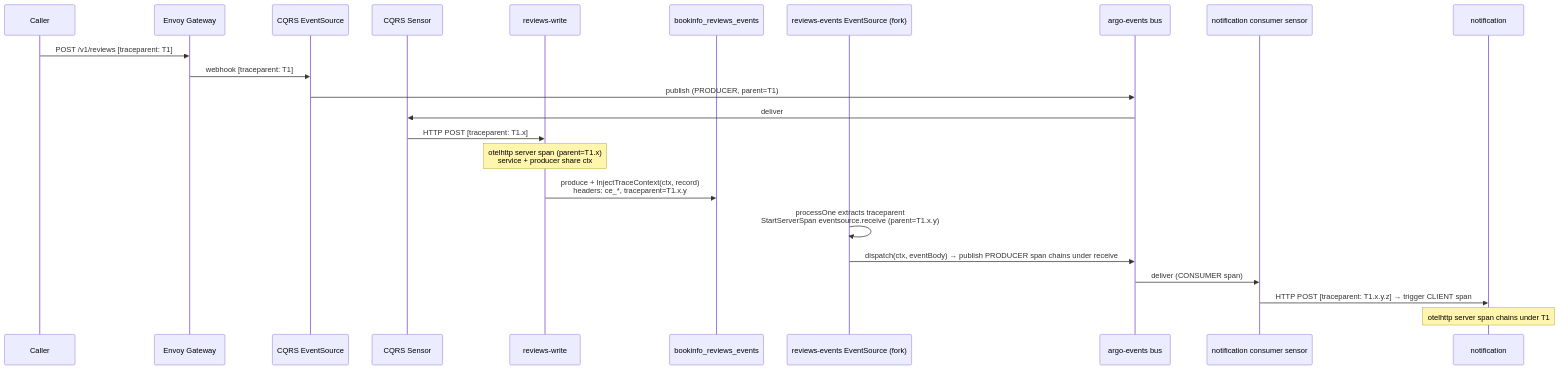
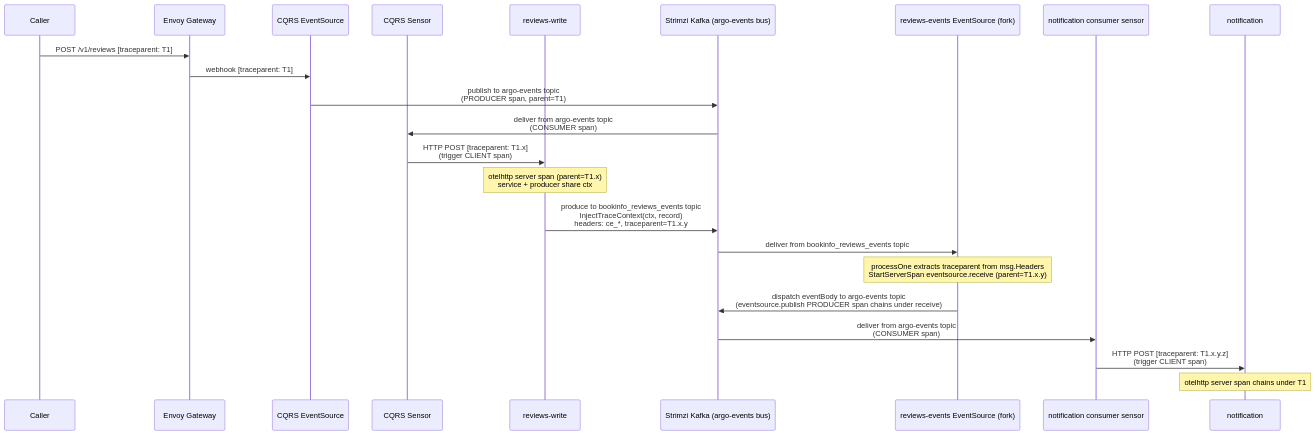
One commit to kaio6fellipe/event-driven-bookinfo changed the second of 2 diagrams in docs/superpowers/specs/2026-04-25-e2e-tracing-kafka-design.md. Above: the diagram before and after it, drawn with Mermaid. The commit also changed other lines of this file, not shown here.

Commit message:
docs(specs): clarify Kafka topology in tracing data flow + lint fixes
Show Kafka as the single bus carrying both bookinfo_reviews_events and
argo-events topics, with the missing arrow from Kafka to the
reviews-events EventSource explicitly drawn.

Also fix markdownlint MD060 (table separators padded), MD040 (fenced
code language), and MD032 (lists surrounded by blank lines).

````diff
--- a/docs/superpowers/specs/2026-04-25-e2e-tracing-kafka-design.md
+++ b/docs/superpowers/specs/2026-04-25-e2e-tracing-kafka-design.md
@@ -223,26 +225,26 @@
 ```mermaid
 sequenceDiagram
   participant Caller
   participant Gateway as Envoy Gateway
   participant CQRSes as CQRS EventSource
   participant CQRSse as CQRS Sensor
   participant RW as reviews-write
-  participant Kafka as bookinfo_reviews_events
+  participant Kafka as Strimzi Kafka (argo-events bus)
   participant ESrc as reviews-events EventSource (fork)
-  participant Bus as argo-events bus
   participant NSe as notification consumer sensor
   participant Notif as notification
 
   Caller->>Gateway: POST /v1/reviews [traceparent: T1]
   Gateway->>CQRSes: webhook [traceparent: T1]
-  CQRSes->>Bus: publish (PRODUCER, parent=T1)
-  Bus->>CQRSse: deliver
-  CQRSse->>RW: HTTP POST [traceparent: T1.x]
+  CQRSes->>Kafka: publish to argo-events topic<br/>(PRODUCER span, parent=T1)
+  Kafka->>CQRSse: deliver from argo-events topic<br/>(CONSUMER span)
+  CQRSse->>RW: HTTP POST [traceparent: T1.x]<br/>(trigger CLIENT span)
   Note over RW: otelhttp server span (parent=T1.x)<br/>service + producer share ctx
-  RW->>Kafka: produce + InjectTraceContext(ctx, record)<br/>headers: ce_*, traceparent=T1.x.y
-  ESrc->>ESrc: processOne extracts traceparent<br/>StartServerSpan eventsource.receive (parent=T1.x.y)
-  ESrc->>Bus: dispatch(ctx, eventBody) → publish PRODUCER span chains under receive
-  Bus->>NSe: deliver (CONSUMER span)
-  NSe->>Notif: HTTP POST [traceparent: T1.x.y.z] → trigger CLIENT span
+  RW->>Kafka: produce to bookinfo_reviews_events topic<br/>InjectTraceContext(ctx, record)<br/>headers: ce_*, traceparent=T1.x.y
+  Kafka->>ESrc: deliver from bookinfo_reviews_events topic
+  Note over ESrc: processOne extracts traceparent from msg.Headers<br/>StartServerSpan eventsource.receive (parent=T1.x.y)
+  ESrc->>Kafka: dispatch eventBody to argo-events topic<br/>(eventsource.publish PRODUCER span chains under receive)
+  Kafka->>NSe: deliver from argo-events topic<br/>(CONSUMER span)
+  NSe->>Notif: HTTP POST [traceparent: T1.x.y.z]<br/>(trigger CLIENT span)
   Note over Notif: otelhttp server span chains under T1
 ```
````
